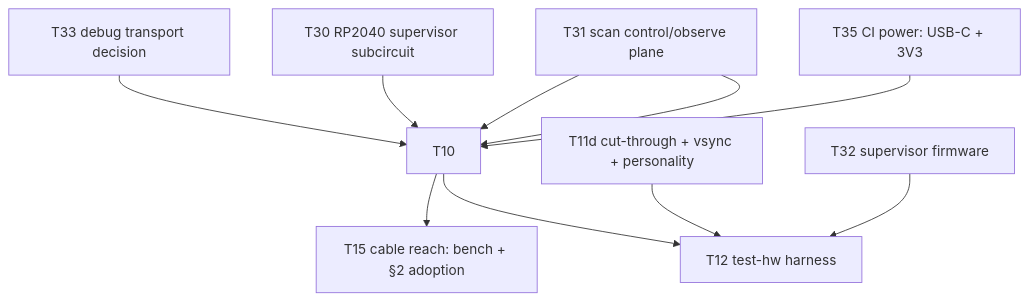
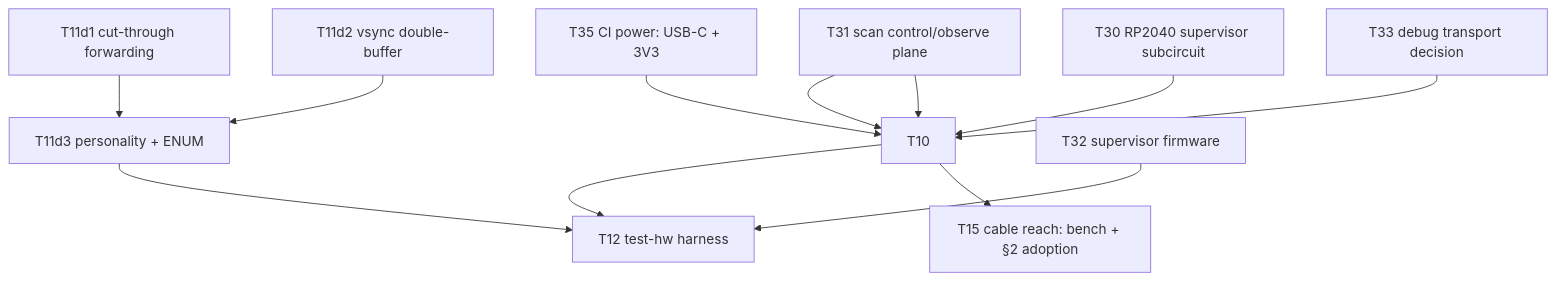
One commit to kristofferkoch/oparroy changed the diagram in KANBAN.md. Above: the diagram before and after it, drawn with Mermaid. The commit also changed other lines of this file, not shown here.

First line of the commit message:
kanban: split T11d into cut-through, vsync, personality

````diff
--- a/KANBAN.md
+++ b/KANBAN.md
@@ -34,12 +34,14 @@
 ```mermaid
 graph TD
     T31[T31 scan control/observe plane] --> T10
     T35[T35 CI power: USB-C + 3V3] --> T10
     T30[T30 RP2040 supervisor subcircuit] --> T10
     T31 --> T10
     T33[T33 debug transport decision] --> T10
     T10 --> T12[T12 test-hw harness]
     T10 --> T15[T15 cable reach: bench + §2 adoption]
-    T11d[T11d cut-through + vsync + personality] --> T12
+    T11d1[T11d1 cut-through forwarding] --> T11d3
+    T11d2[T11d2 vsync double-buffer] --> T11d3
+    T11d3[T11d3 personality + ENUM] --> T12
     T32[T32 supervisor firmware] --> T12
 ```
````
